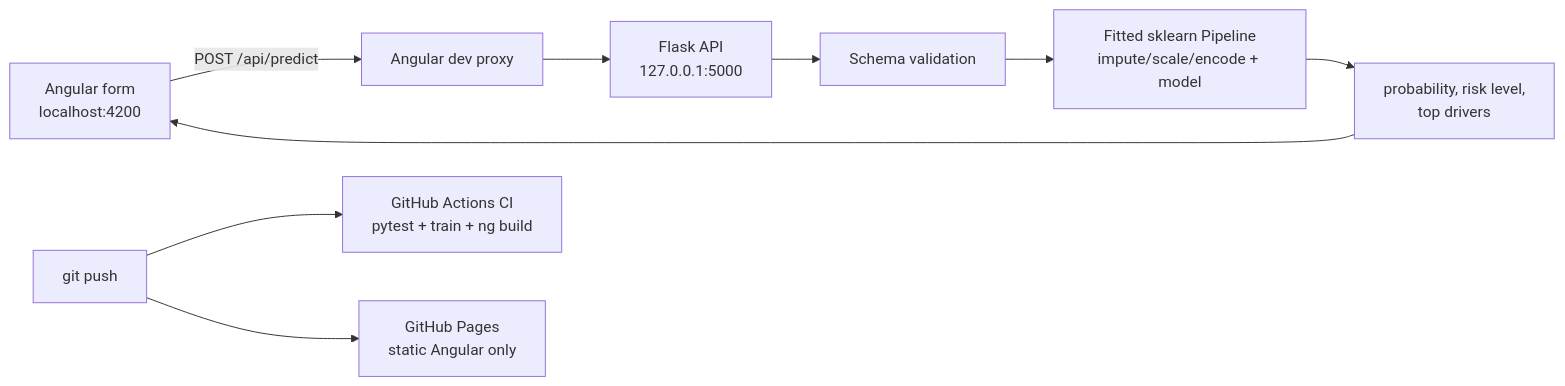
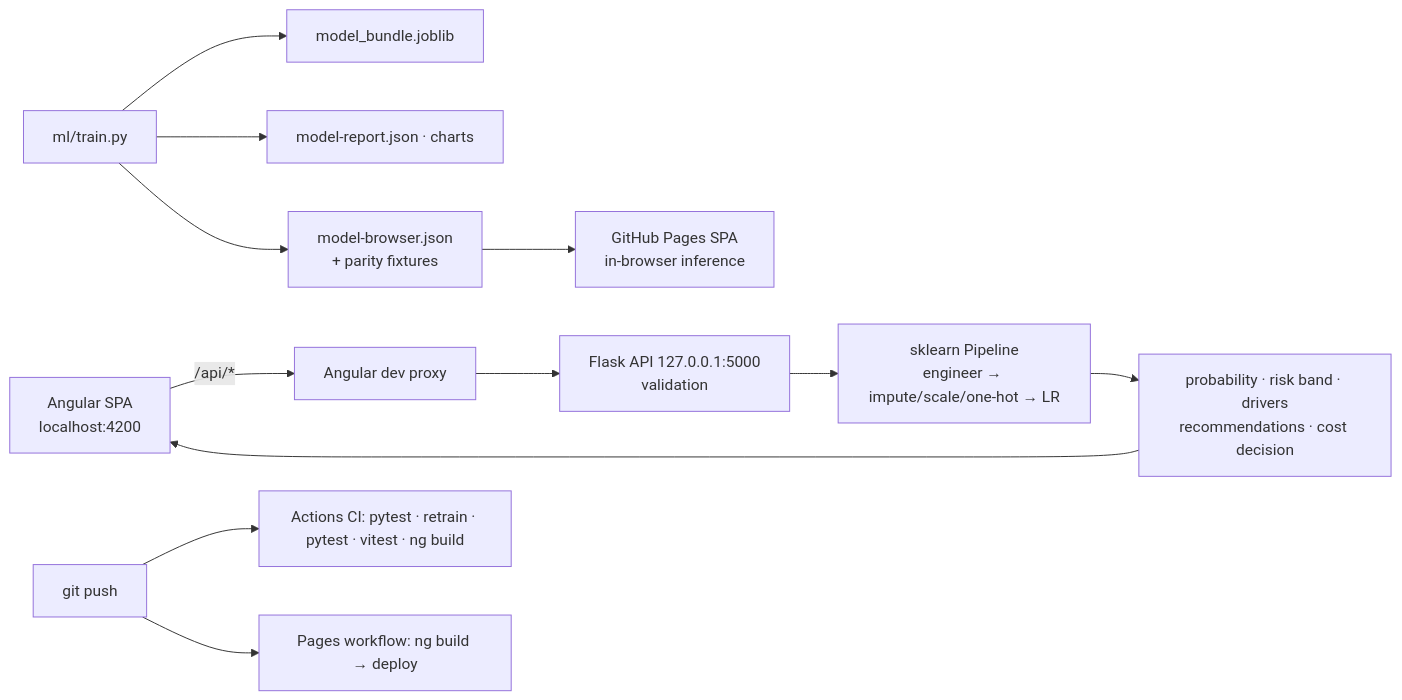
One commit to 231998-Laiba/employee_attrition_prediction_performance changed the diagram in README.md. Above: the diagram before and after it, drawn with Mermaid. The commit also changed other lines of this file and 4 other files, not shown here.

Commit message:
Add vitest to CI, Render blueprint, and rewrite README and technical report

````diff
--- a/README.md
+++ b/README.md
@@ -20,11 +107,14 @@
 ```mermaid
 flowchart LR
-  A[Angular form<br/>localhost:4200] -- POST /api/predict --> B[Angular dev proxy]
-  B --> C[Flask API<br/>127.0.0.1:5000]
-  C --> D[Schema validation]
-  D --> E[Fitted sklearn Pipeline<br/>impute/scale/encode + model]
-  E --> F[probability, risk level,<br/>top drivers]
-  F --> A
-  G[git push] --> H[GitHub Actions CI<br/>pytest + train + ng build]
-  G --> I[GitHub Pages<br/>static Angular only]
+  A[Angular SPA<br/>localhost:4200] -- /api/* --> B[Angular dev proxy]
+  B --> C[Flask API 127.0.0.1:5000<br/>validation]
+  C --> D[sklearn Pipeline<br/>engineer → impute/scale/one-hot → LR]
+  D --> E[probability · risk band · drivers<br/>recommendations · cost decision]
+  E --> A
+  F[ml/train.py] --> G[model_bundle.joblib]
+  F --> H[model-report.json · charts]
+  F --> I[model-browser.json<br/>+ parity fixtures]
+  I --> J[GitHub Pages SPA<br/>in-browser inference]
+  K[git push] --> L[Actions CI: pytest · retrain · pytest · vitest · ng build]
+  K --> M[Pages workflow: ng build → deploy]
 ```
````
